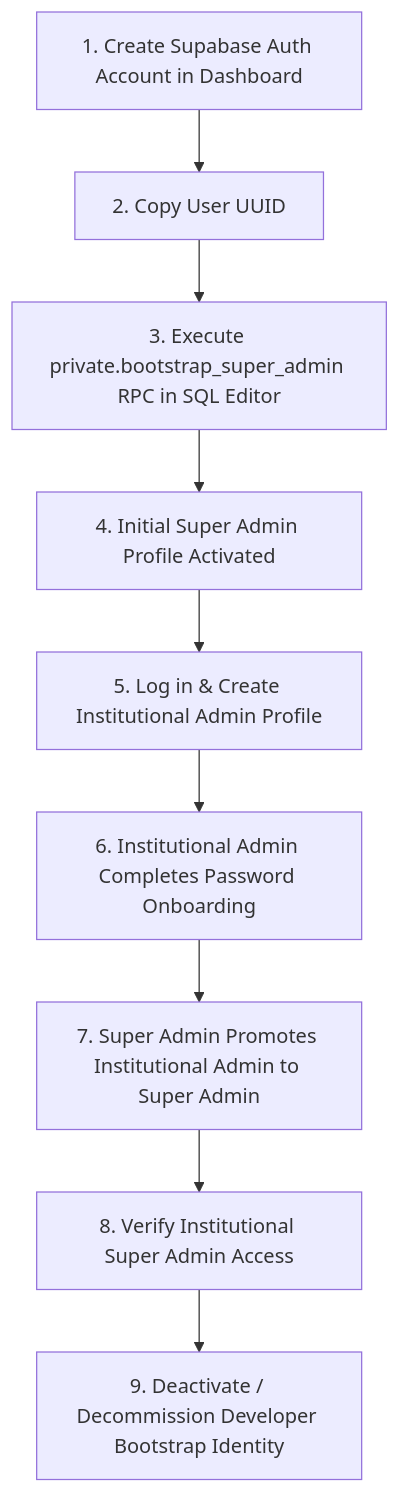
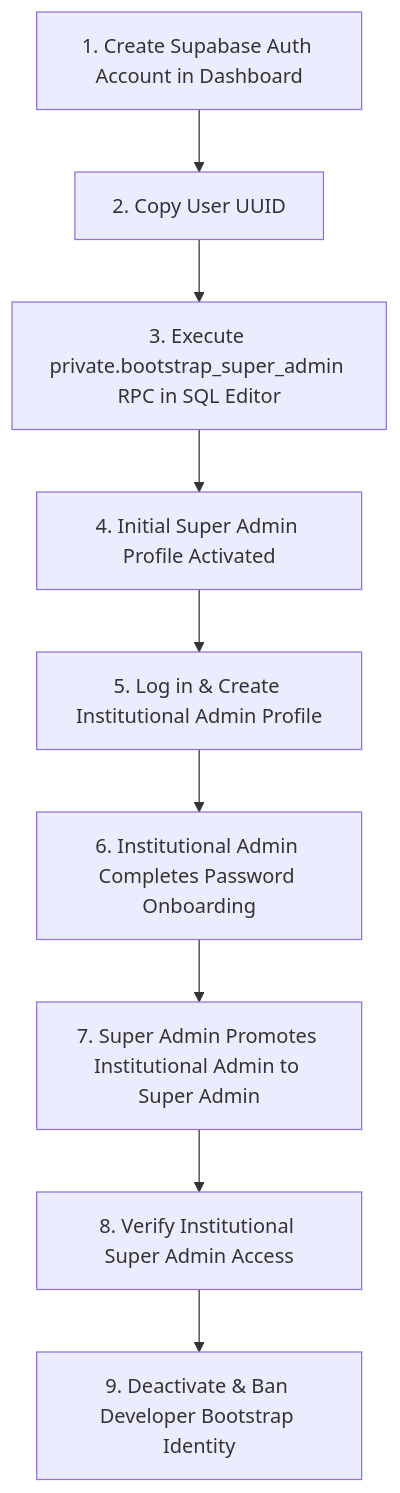
Before and after one commit to jsphhbna/egatepass: the fourth of 13 diagrams in docs/SECURITY.md, drawn with Mermaid. The commit also changed other lines of this file and 13 other files, not shown here.

````diff
--- a/docs/SECURITY.md
+++ b/docs/SECURITY.md
@@ -144,21 +144,21 @@
 ```mermaid
 flowchart TD
     A[1. Create Supabase Auth Account in Dashboard]
     B[2. Copy User UUID]
     C[3. Execute private.bootstrap_super_admin RPC in SQL Editor]
     D[4. Initial Super Admin Profile Activated]
     E[5. Log in & Create Institutional Admin Profile]
     F[6. Institutional Admin Completes Password Onboarding]
     G[7. Super Admin Promotes Institutional Admin to Super Admin]
     H[8. Verify Institutional Super Admin Access]
-    I[9. Deactivate / Decommission Developer Bootstrap Identity]
+    I[9. Deactivate & Ban Developer Bootstrap Identity]
 
     A --> B
     B --> C
     C --> D
     D --> E
     E --> F
     F --> G
     G --> H
     H --> I
 ```
````
